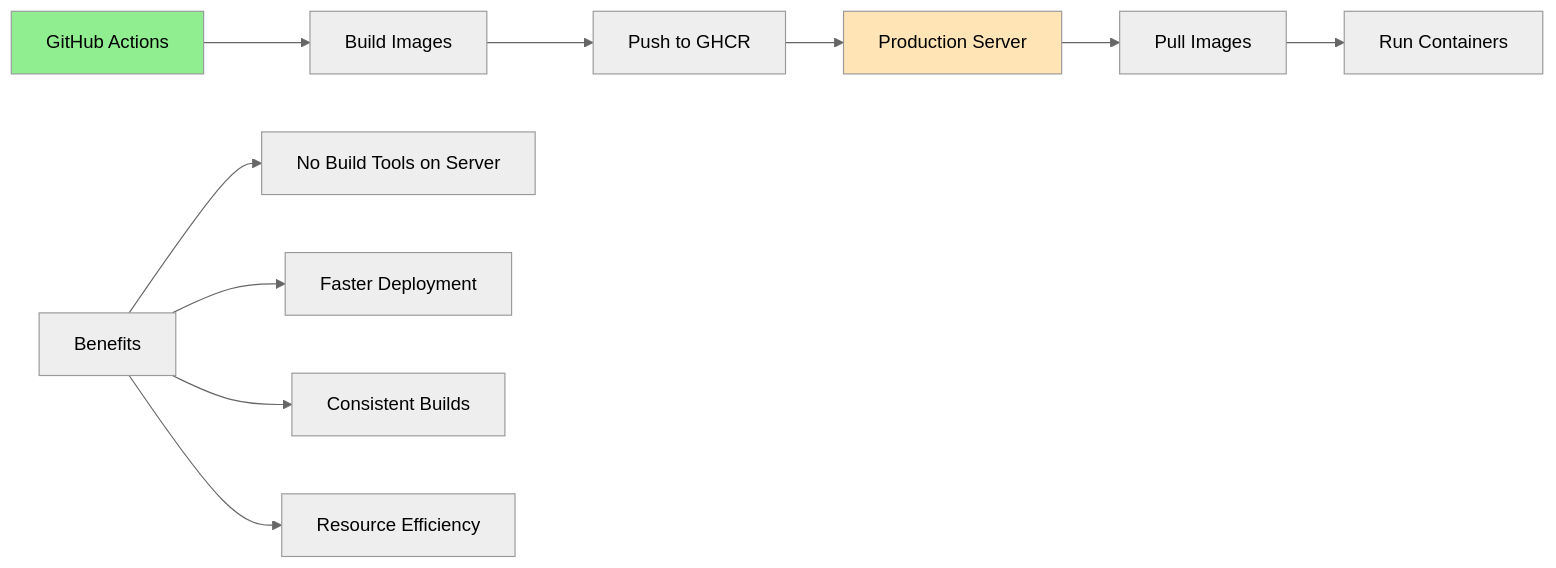
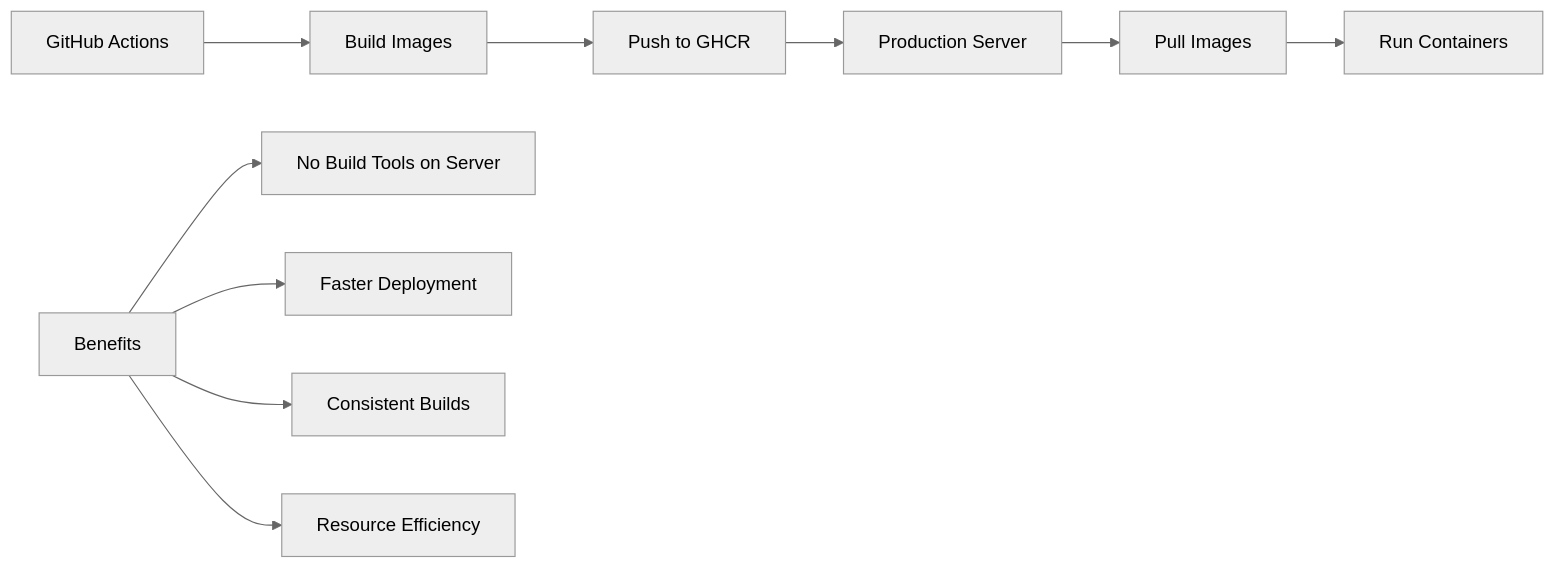
One commit to 4gh0rn/dev-blog changed the fifth of 11 diagrams in docs/projects/conduit-deployment.md. Above: the diagram before and after it, drawn with Mermaid (neutral theme). The commit also changed other lines of this file and 17 other files, not shown here.

````diff
--- a/docs/projects/conduit-deployment.md
+++ b/docs/projects/conduit-deployment.md
@@ -177,16 +165,13 @@
 ```mermaid
 graph LR
     A[GitHub Actions] --> B[Build Images]
     B --> C[Push to GHCR]
     C --> D[Production Server]
     D --> E[Pull Images]
     E --> F[Run Containers]
     
     G[Benefits] --> G1[No Build Tools on Server]
     G --> G2[Faster Deployment]
     G --> G3[Consistent Builds]
     G --> G4[Resource Efficiency]
-    
-    style A fill:#90EE90
-    style D fill:#FFE4B5
 ```
````
